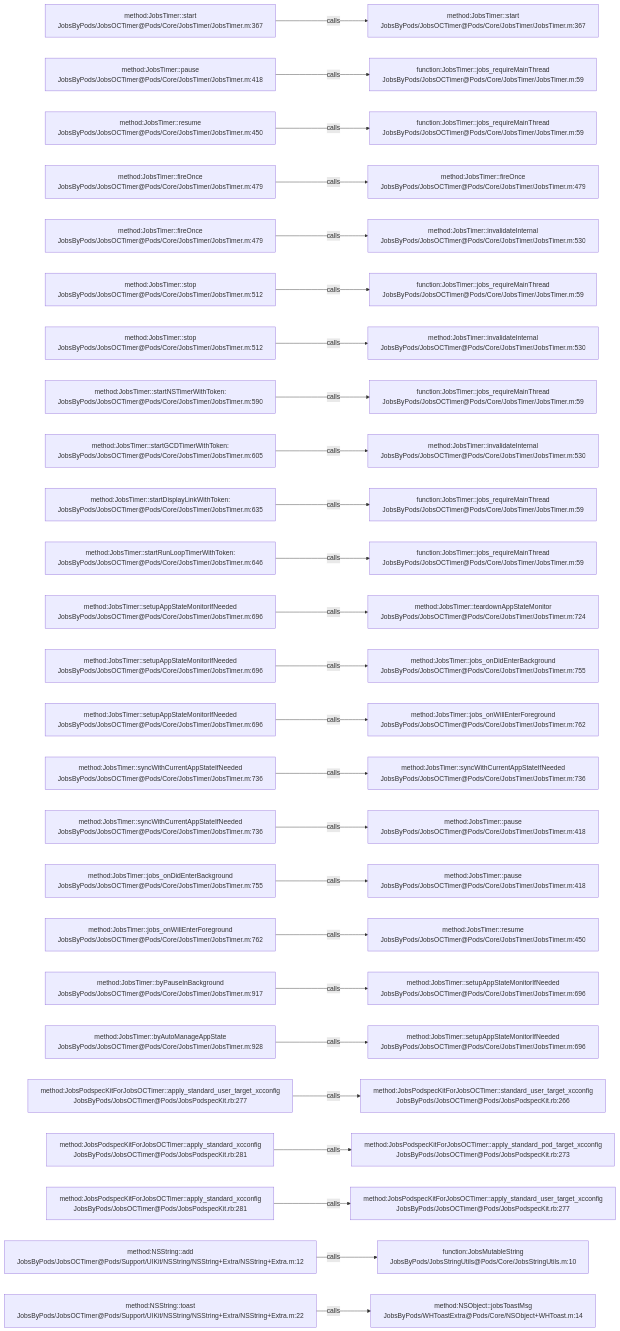
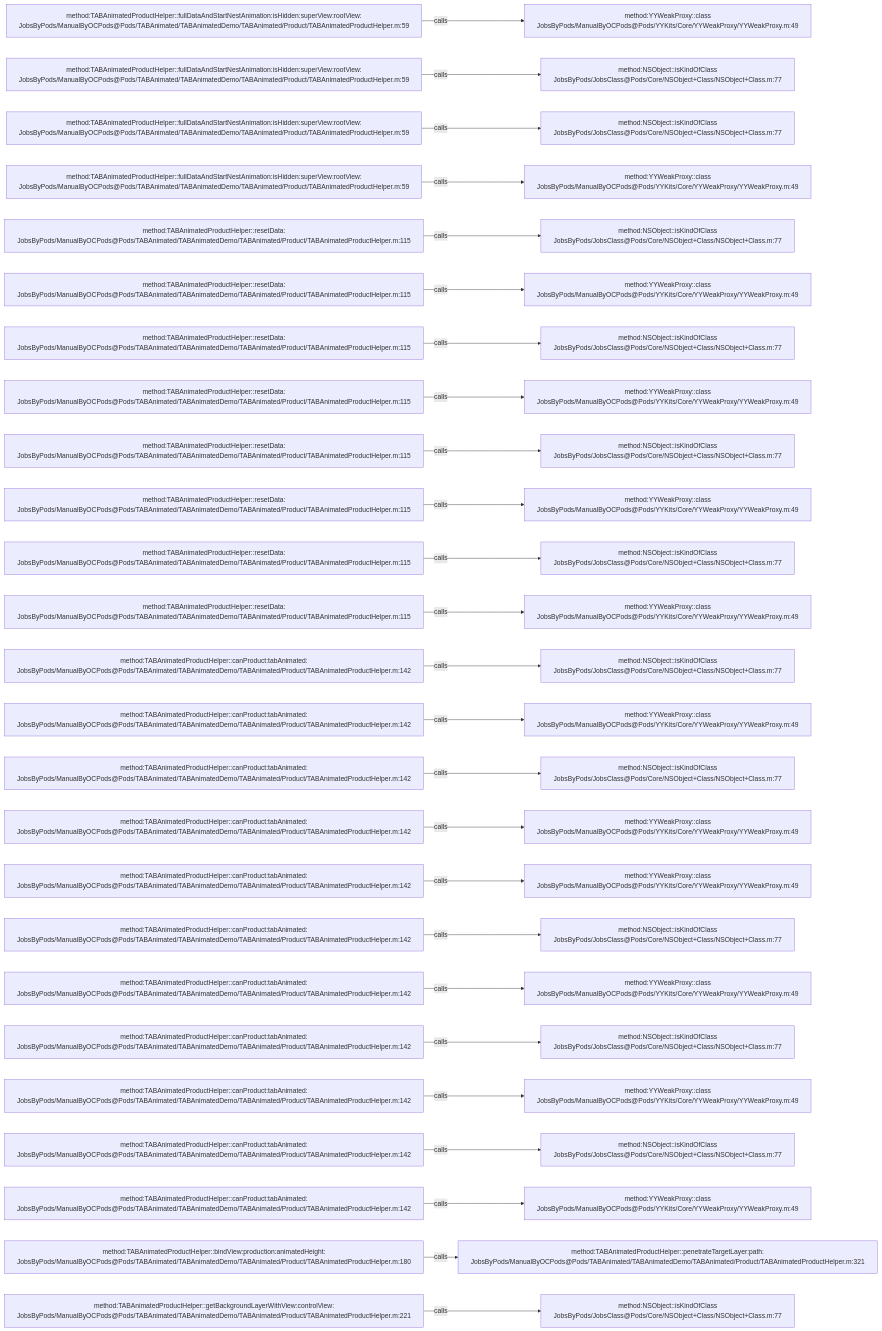
One commit to JobsKits/JobsOCBaseConfigDemo changed the diagram in .codegraph/codegraph.md/graphs/calls-139.md. Above: the diagram before and after it, drawn with Mermaid. The commit also changed 573 other files, not shown here.

````diff
--- a/.codegraph/codegraph.md/graphs/calls-139.md
+++ b/.codegraph/codegraph.md/graphs/calls-139.md
@@ -13,78 +13,78 @@
 ```mermaid
 flowchart LR
-  S1["method:JobsTimer::start<br/>JobsByPods/JobsOCTimer@Pods/Core/JobsTimer/JobsTimer.m:367"]
-  T1["method:JobsTimer::start<br/>JobsByPods/JobsOCTimer@Pods/Core/JobsTimer/JobsTimer.m:367"]
+  S1["method:TABAnimatedProductHelper::fullDataAndStartNestAnimation:isHidden:superView:rootView:<br/>JobsByPods/ManualByOCPods@Pods/TABAnimated/TABAnimatedDemo/TABAnimated/Product/TABAnimatedProductHelper.m:59"]
+  T1["method:YYWeakProxy::class<br/>JobsByPods/ManualByOCPods@Pods/YYKits/Core/YYWeakProxy/YYWeakProxy.m:49"]
   S1 -->|calls| T1
-  S2["method:JobsTimer::pause<br/>JobsByPods/JobsOCTimer@Pods/Core/JobsTimer/JobsTimer.m:418"]
-  T2["function:JobsTimer::jobs_requireMainThread<br/>JobsByPods/JobsOCTimer@Pods/Core/JobsTimer/JobsTimer.m:59"]
+  S2["method:TABAnimatedProductHelper::fullDataAndStartNestAnimation:isHidden:superView:rootView:<br/>JobsByPods/ManualByOCPods@Pods/TABAnimated/TABAnimatedDemo/TABAnimated/Product/TABAnimatedProductHelper.m:59"]
+  T2["method:NSObject::isKindOfClass<br/>JobsByPods/JobsClass@Pods/Core/NSObject+Class/NSObject+Class.m:77"]
   S2 -->|calls| T2
-  S3["method:JobsTimer::resume<br/>JobsByPods/JobsOCTimer@Pods/Core/JobsTimer/JobsTimer.m:450"]
-  T3["function:JobsTimer::jobs_requireMainThread<br/>JobsByPods/JobsOCTimer@Pods/Core/JobsTimer/JobsTimer.m:59"]
+  S3["method:TABAnimatedProductHelper::fullDataAndStartNestAnimation:isHidden:superView:rootView:<br/>JobsByPods/ManualByOCPods@Pods/TABAnimated/TABAnimatedDemo/TABAnimated/Product/TABAnimatedProductHelper.m:59"]
+  T3["method:NSObject::isKindOfClass<br/>JobsByPods/JobsClass@Pods/Core/NSObject+Class/NSObject+Class.m:77"]
   S3 -->|calls| T3
-  S4["method:JobsTimer::fireOnce<br/>JobsByPods/JobsOCTimer@Pods/Core/JobsTimer/JobsTimer.m:479"]
-  T4["method:JobsTimer::fireOnce<br/>JobsByPods/JobsOCTimer@Pods/Core/JobsTimer/JobsTimer.m:479"]
+  S4["method:TABAnimatedProductHelper::fullDataAndStartNestAnimation:isHidden:superView:rootView:<br/>JobsByPods/ManualByOCPods@Pods/TABAnimated/TABAnimatedDemo/TABAnimated/Product/TABAnimatedProductHelper.m:59"]
+  T4["method:YYWeakProxy::class<br/>JobsByPods/ManualByOCPods@Pods/YYKits/Core/YYWeakProxy/YYWeakProxy.m:49"]
   S4 -->|calls| T4
-  S5["method:JobsTimer::fireOnce<br/>JobsByPods/JobsOCTimer@Pods/Core/JobsTimer/JobsTimer.m:479"]
-  T5["method:JobsTimer::invalidateInternal<br/>JobsByPods/JobsOCTimer@Pods/Core/JobsTimer/JobsTimer.m:530"]
+  S5["method:TABAnimatedProductHelper::resetData:<br/>JobsByPods/ManualByOCPods@Pods/TABAnimated/TABAnimatedDemo/TABAnimated/Product/TABAnimatedProductHelper.m:115"]
+  T5["method:NSObject::isKindOfClass<br/>JobsByPods/JobsClass@Pods/Core/NSObject+Class/NSObject+Class.m:77"]
   S5 -->|calls| T5
-  S6["method:JobsTimer::stop<br/>JobsByPods/JobsOCTimer@Pods/Core/JobsTimer/JobsTimer.m:512"]
-  T6["function:JobsTimer::jobs_requireMainThread<br/>JobsByPods/JobsOCTimer@Pods/Core/JobsTimer/JobsTimer.m:59"]
+  S6["method:TABAnimatedProductHelper::resetData:<br/>JobsByPods/ManualByOCPods@Pods/TABAnimated/TABAnimatedDemo/TABAnimated/Product/TABAnimatedProductHelper.m:115"]
+  T6["method:YYWeakProxy::class<br/>JobsByPods/ManualByOCPods@Pods/YYKits/Core/YYWeakProxy/YYWeakProxy.m:49"]
   S6 -->|calls| T6
-  S7["method:JobsTimer::stop<br/>JobsByPods/JobsOCTimer@Pods/Core/JobsTimer/JobsTimer.m:512"]
-  T7["method:JobsTimer::invalidateInternal<br/>JobsByPods/JobsOCTimer@Pods/Core/JobsTimer/JobsTimer.m:530"]
+  S7["method:TABAnimatedProductHelper::resetData:<br/>JobsByPods/ManualByOCPods@Pods/TABAnimated/TABAnimatedDemo/TABAnimated/Product/TABAnimatedProductHelper.m:115"]
+  T7["method:NSObject::isKindOfClass<br/>JobsByPods/JobsClass@Pods/Core/NSObject+Class/NSObject+Class.m:77"]
   S7 -->|calls| T7
-  S8["method:JobsTimer::startNSTimerWithToken:<br/>JobsByPods/JobsOCTimer@Pods/Core/JobsTimer/JobsTimer.m:590"]
-  T8["function:JobsTimer::jobs_requireMainThread<br/>JobsByPods/JobsOCTimer@Pods/Core/JobsTimer/JobsTimer.m:59"]
+  S8["method:TABAnimatedProductHelper::resetData:<br/>JobsByPods/ManualByOCPods@Pods/TABAnimated/TABAnimatedDemo/TABAnimated/Product/TABAnimatedProductHelper.m:115"]
+  T8["method:YYWeakProxy::class<br/>JobsByPods/ManualByOCPods@Pods/YYKits/Core/YYWeakProxy/YYWeakProxy.m:49"]
   S8 -->|calls| T8
-  S9["method:JobsTimer::startGCDTimerWithToken:<br/>JobsByPods/JobsOCTimer@Pods/Core/JobsTimer/JobsTimer.m:605"]
-  T9["method:JobsTimer::invalidateInternal<br/>JobsByPods/JobsOCTimer@Pods/Core/JobsTimer/JobsTimer.m:530"]
+  S9["method:TABAnimatedProductHelper::resetData:<br/>JobsByPods/ManualByOCPods@Pods/TABAnimated/TABAnimatedDemo/TABAnimated/Product/TABAnimatedProductHelper.m:115"]
+  T9["method:NSObject::isKindOfClass<br/>JobsByPods/JobsClass@Pods/Core/NSObject+Class/NSObject+Class.m:77"]
   S9 -->|calls| T9
-  S10["method:JobsTimer::startDisplayLinkWithToken:<br/>JobsByPods/JobsOCTimer@Pods/Core/JobsTimer/JobsTimer.m:635"]
-  T10["function:JobsTimer::jobs_requireMainThread<br/>JobsByPods/JobsOCTimer@Pods/Core/JobsTimer/JobsTimer.m:59"]
+  S10["method:TABAnimatedProductHelper::resetData:<br/>JobsByPods/ManualByOCPods@Pods/TABAnimated/TABAnimatedDemo/TABAnimated/Product/TABAnimatedProductHelper.m:115"]
+  T10["method:YYWeakProxy::class<br/>JobsByPods/ManualByOCPods@Pods/YYKits/Core/YYWeakProxy/YYWeakProxy.m:49"]
   S10 -->|calls| T10
-  S11["method:JobsTimer::startRunLoopTimerWithToken:<br/>JobsByPods/JobsOCTimer@Pods/Core/JobsTimer/JobsTimer.m:646"]
-  T11["function:JobsTimer::jobs_requireMainThread<br/>JobsByPods/JobsOCTimer@Pods/Core/JobsTimer/JobsTimer.m:59"]
+  S11["method:TABAnimatedProductHelper::resetData:<br/>JobsByPods/ManualByOCPods@Pods/TABAnimated/TABAnimatedDemo/TABAnimated/Product/TABAnimatedProductHelper.m:115"]
+  T11["method:NSObject::isKindOfClass<br/>JobsByPods/JobsClass@Pods/Core/NSObject+Class/NSObject+Class.m:77"]
   S11 -->|calls| T11
-  S12["method:JobsTimer::setupAppStateMonitorIfNeeded<br/>JobsByPods/JobsOCTimer@Pods/Core/JobsTimer/JobsTimer.m:696"]
-  T12["method:JobsTimer::teardownAppStateMonitor<br/>JobsByPods/JobsOCTimer@Pods/Core/JobsTimer/JobsTimer.m:724"]
+  S12["method:TABAnimatedProductHelper::resetData:<br/>JobsByPods/ManualByOCPods@Pods/TABAnimated/TABAnimatedDemo/TABAnimated/Product/TABAnimatedProductHelper.m:115"]
+  T12["method:YYWeakProxy::class<br/>JobsByPods/ManualByOCPods@Pods/YYKits/Core/YYWeakProxy/YYWeakProxy.m:49"]
   S12 -->|calls| T12
-  S13["method:JobsTimer::setupAppStateMonitorIfNeeded<br/>JobsByPods/JobsOCTimer@Pods/Core/JobsTimer/JobsTimer.m:696"]
-  T13["method:JobsTimer::jobs_onDidEnterBackground<br/>JobsByPods/JobsOCTimer@Pods/Core/JobsTimer/JobsTimer.m:755"]
+  S13["method:TABAnimatedProductHelper::canProduct:tabAnimated:<br/>JobsByPods/ManualByOCPods@Pods/TABAnimated/TABAnimatedDemo/TABAnimated/Product/TABAnimatedProductHelper.m:142"]
+  T13["method:NSObject::isKindOfClass<br/>JobsByPods/JobsClass@Pods/Core/NSObject+Class/NSObject+Class.m:77"]
   S13 -->|calls| T13
-  S14["method:JobsTimer::setupAppStateMonitorIfNeeded<br/>JobsByPods/JobsOCTimer@Pods/Core/JobsTimer/JobsTimer.m:696"]
-  T14["method:JobsTimer::jobs_onWillEnterForeground<br/>JobsByPods/JobsOCTimer@Pods/Core/JobsTimer/JobsTimer.m:762"]
+  S14["method:TABAnimatedProductHelper::canProduct:tabAnimated:<br/>JobsByPods/ManualByOCPods@Pods/TABAnimated/TABAnimatedDemo/TABAnimated/Product/TABAnimatedProductHelper.m:142"]
+  T14["method:YYWeakProxy::class<br/>JobsByPods/ManualByOCPods@Pods/YYKits/Core/YYWeakProxy/YYWeakProxy.m:49"]
   S14 -->|calls| T14
-  S15["method:JobsTimer::syncWithCurrentAppStateIfNeeded<br/>JobsByPods/JobsOCTimer@Pods/Core/JobsTimer/JobsTimer.m:736"]
-  T15["method:JobsTimer::syncWithCurrentAppStateIfNeeded<br/>JobsByPods/JobsOCTimer@Pods/Core/JobsTimer/JobsTimer.m:736"]
+  S15["method:TABAnimatedProductHelper::canProduct:tabAnimated:<br/>JobsByPods/ManualByOCPods@Pods/TABAnimated/TABAnimatedDemo/TABAnimated/Product/TABAnimatedProductHelper.m:142"]
+  T15["method:NSObject::isKindOfClass<br/>JobsByPods/JobsClass@Pods/Core/NSObject+Class/NSObject+Class.m:77"]
   S15 -->|calls| T15
-  S16["method:JobsTimer::syncWithCurrentAppStateIfNeeded<br/>JobsByPods/JobsOCTimer@Pods/Core/JobsTimer/JobsTimer.m:736"]
-  T16["method:JobsTimer::pause<br/>JobsByPods/JobsOCTimer@Pods/Core/JobsTimer/JobsTimer.m:418"]
+  S16["method:TABAnimatedProductHelper::canProduct:tabAnimated:<br/>JobsByPods/ManualByOCPods@Pods/TABAnimated/TABAnimatedDemo/TABAnimated/Product/TABAnimatedProductHelper.m:142"]
+  T16["method:YYWeakProxy::class<br/>JobsByPods/ManualByOCPods@Pods/YYKits/Core/YYWeakProxy/YYWeakProxy.m:49"]
   S16 -->|calls| T16
-  S17["method:JobsTimer::jobs_onDidEnterBackground<br/>JobsByPods/JobsOCTimer@Pods/Core/JobsTimer/JobsTimer.m:755"]
-  T17["method:JobsTimer::pause<br/>JobsByPods/JobsOCTimer@Pods/Core/JobsTimer/JobsTimer.m:418"]
+  S17["method:TABAnimatedProductHelper::canProduct:tabAnimated:<br/>JobsByPods/ManualByOCPods@Pods/TABAnimated/TABAnimatedDemo/TABAnimated/Product/TABAnimatedProductHelper.m:142"]
+  T17["method:YYWeakProxy::class<br/>JobsByPods/ManualByOCPods@Pods/YYKits/Core/YYWeakProxy/YYWeakProxy.m:49"]
   S17 -->|calls| T17
-  S18["method:JobsTimer::jobs_onWillEnterForeground<br/>JobsByPods/JobsOCTimer@Pods/Core/JobsTimer/JobsTimer.m:762"]
-  T18["method:JobsTimer::resume<br/>JobsByPods/JobsOCTimer@Pods/Core/JobsTimer/JobsTimer.m:450"]
+  S18["method:TABAnimatedProductHelper::canProduct:tabAnimated:<br/>JobsByPods/ManualByOCPods@Pods/TABAnimated/TABAnimatedDemo/TABAnimated/Product/TABAnimatedProductHelper.m:142"]
+  T18["method:NSObject::isKindOfClass<br/>JobsByPods/JobsClass@Pods/Core/NSObject+Class/NSObject+Class.m:77"]
   S18 -->|calls| T18
-  S19["method:JobsTimer::byPauseInBackground<br/>JobsByPods/JobsOCTimer@Pods/Core/JobsTimer/JobsTimer.m:917"]
-  T19["method:JobsTimer::setupAppStateMonitorIfNeeded<br/>JobsByPods/JobsOCTimer@Pods/Core/JobsTimer/JobsTimer.m:696"]
+  S19["method:TABAnimatedProductHelper::canProduct:tabAnimated:<br/>JobsByPods/ManualByOCPods@Pods/TABAnimated/TABAnimatedDemo/TABAnimated/Product/TABAnimatedProductHelper.m:142"]
+  T19["method:YYWeakProxy::class<br/>JobsByPods/ManualByOCPods@Pods/YYKits/Core/YYWeakProxy/YYWeakProxy.m:49"]
   S19 -->|calls| T19
-  S20["method:JobsTimer::byAutoManageAppState<br/>JobsByPods/JobsOCTimer@Pods/Core/JobsTimer/JobsTimer.m:928"]
-  T20["method:JobsTimer::setupAppStateMonitorIfNeeded<br/>JobsByPods/JobsOCTimer@Pods/Core/JobsTimer/JobsTimer.m:696"]
+  S20["method:TABAnimatedProductHelper::canProduct:tabAnimated:<br/>JobsByPods/ManualByOCPods@Pods/TABAnimated/TABAnimatedDemo/TABAnimated/Product/TABAnimatedProductHelper.m:142"]
+  T20["method:NSObject::isKindOfClass<br/>JobsByPods/JobsClass@Pods/Core/NSObject+Class/NSObject+Class.m:77"]
   S20 -->|calls| T20
-  S21["method:JobsPodspecKitForJobsOCTimer::apply_standard_user_target_xcconfig<br/>JobsByPods/JobsOCTimer@Pods/JobsPodspecKit.rb:277"]
-  T21["method:JobsPodspecKitForJobsOCTimer::standard_user_target_xcconfig<br/>JobsByPods/JobsOCTimer@Pods/JobsPodspecKit.rb:266"]
+  S21["method:TABAnimatedProductHelper::canProduct:tabAnimated:<br/>JobsByPods/ManualByOCPods@Pods/TABAnimated/TABAnimatedDemo/TABAnimated/Product/TABAnimatedProductHelper.m:142"]
+  T21["method:YYWeakProxy::class<br/>JobsByPods/ManualByOCPods@Pods/YYKits/Core/YYWeakProxy/YYWeakProxy.m:49"]
   S21 -->|calls| T21
-  S22["method:JobsPodspecKitForJobsOCTimer::apply_standard_xcconfig<br/>JobsByPods/JobsOCTimer@Pods/JobsPodspecKit.rb:281"]
-  T22["method:JobsPodspecKitForJobsOCTimer::apply_standard_pod_target_xcconfig<br/>JobsByPods/JobsOCTimer@Pods/JobsPodspecKit.rb:273"]
+  S22["method:TABAnimatedProductHelper::canProduct:tabAnimated:<br/>JobsByPods/ManualByOCPods@Pods/TABAnimated/TABAnimatedDemo/TABAnimated/Product/TABAnimatedProductHelper.m:142"]
+  T22["method:NSObject::isKindOfClass<br/>JobsByPods/JobsClass@Pods/Core/NSObject+Class/NSObject+Class.m:77"]
   S22 -->|calls| T22
-  S23["method:JobsPodspecKitForJobsOCTimer::apply_standard_xcconfig<br/>JobsByPods/JobsOCTimer@Pods/JobsPodspecKit.rb:281"]
-  T23["method:JobsPodspecKitForJobsOCTimer::apply_standard_user_target_xcconfig<br/>JobsByPods/JobsOCTimer@Pods/JobsPodspecKit.rb:277"]
+  S23["method:TABAnimatedProductHelper::canProduct:tabAnimated:<br/>JobsByPods/ManualByOCPods@Pods/TABAnimated/TABAnimatedDemo/TABAnimated/Product/TABAnimatedProductHelper.m:142"]
+  T23["method:YYWeakProxy::class<br/>JobsByPods/ManualByOCPods@Pods/YYKits/Core/YYWeakProxy/YYWeakProxy.m:49"]
   S23 -->|calls| T23
-  S24["method:NSString::add<br/>JobsByPods/JobsOCTimer@Pods/Support/UIKit/NSString/NSString+Extra/NSString+Extra.m:12"]
-  T24["function:JobsMutableString<br/>JobsByPods/JobsStringUtils@Pods/Core/JobsStringUtils.m:10"]
+  S24["method:TABAnimatedProductHelper::bindView:production:animatedHeight:<br/>JobsByPods/ManualByOCPods@Pods/TABAnimated/TABAnimatedDemo/TABAnimated/Product/TABAnimatedProductHelper.m:180"]
+  T24["method:TABAnimatedProductHelper::penetrateTargetLayer:path:<br/>JobsByPods/ManualByOCPods@Pods/TABAnimated/TABAnimatedDemo/TABAnimated/Product/TABAnimatedProductHelper.m:321"]
   S24 -->|calls| T24
-  S25["method:NSString::toast<br/>JobsByPods/JobsOCTimer@Pods/Support/UIKit/NSString/NSString+Extra/NSString+Extra.m:22"]
-  T25["method:NSObject::jobsToastMsg<br/>JobsByPods/WHToastExtra@Pods/Core/NSObject+WHToast.m:14"]
+  S25["method:TABAnimatedProductHelper::getBackgroundLayerWithView:controlView:<br/>JobsByPods/ManualByOCPods@Pods/TABAnimated/TABAnimatedDemo/TABAnimated/Product/TABAnimatedProductHelper.m:221"]
+  T25["method:NSObject::isKindOfClass<br/>JobsByPods/JobsClass@Pods/Core/NSObject+Class/NSObject+Class.m:77"]
   S25 -->|calls| T25
 ```
````
